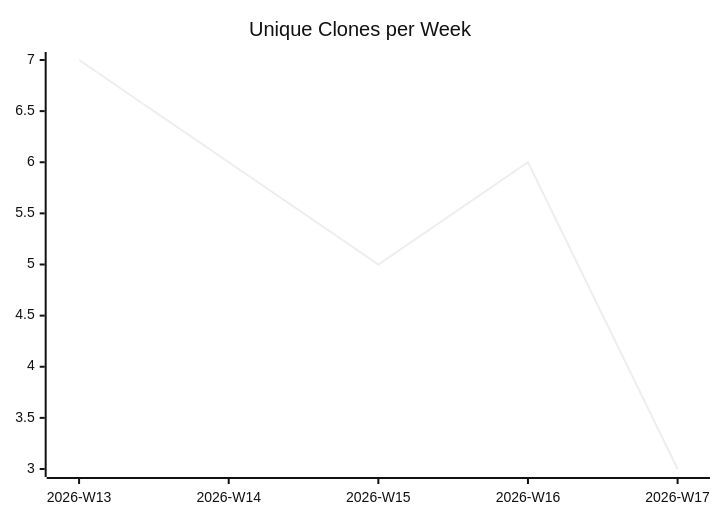
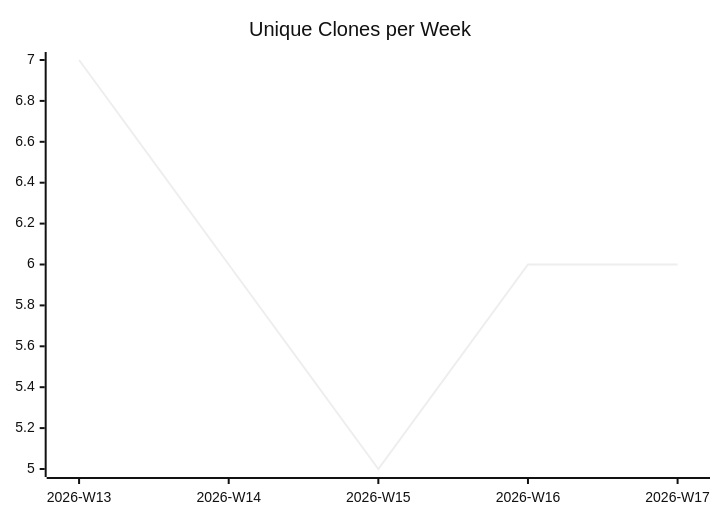
Before and after one commit to justdavis-family/github-analytics-data: the third of 3 diagrams in karlmdavis/lego-ev3dev-rs/README.md, drawn with Mermaid (neutral theme). The commit also changed other lines of this file and 185 other files, not shown here.

````diff
--- a/karlmdavis/lego-ev3dev-rs/README.md
+++ b/karlmdavis/lego-ev3dev-rs/README.md
@@ -19,6 +19,6 @@
 ```mermaid
 xychart-beta
   title "Unique Clones per Week"
   x-axis ["2026-W13", "2026-W14", "2026-W15", "2026-W16", "2026-W17"]
-  line [7, 6, 5, 6, 3]
+  line [7, 6, 5, 6, 6]
 ```
````
